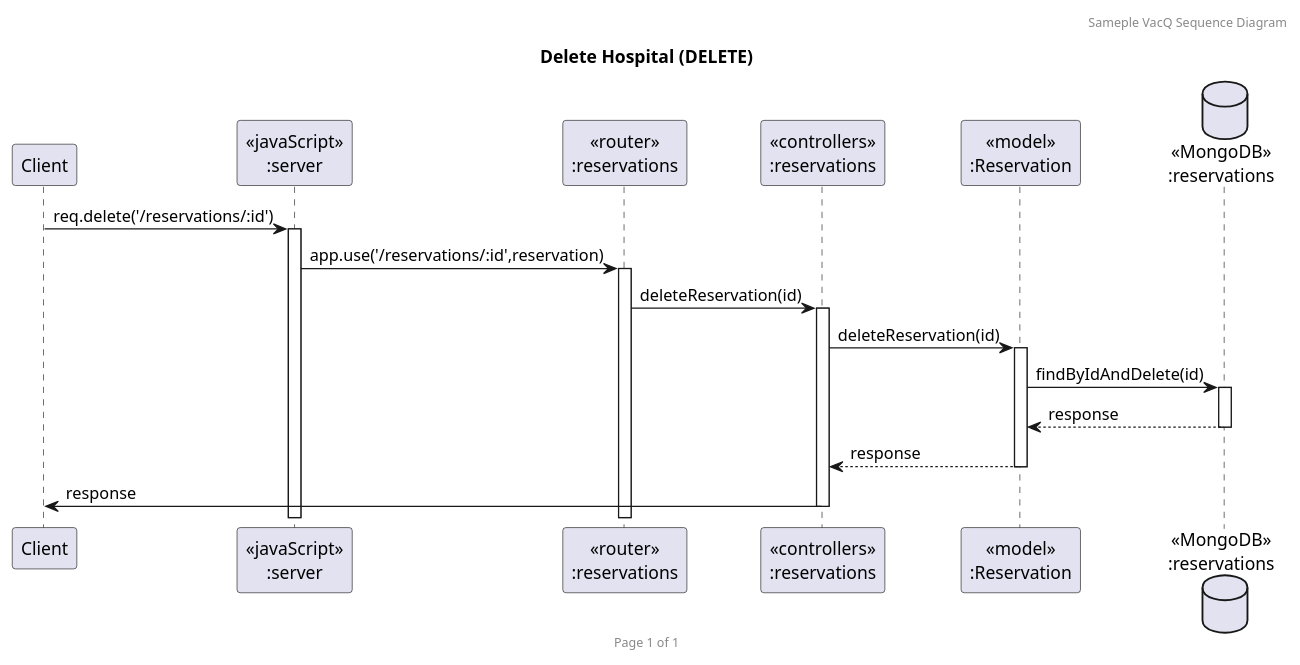
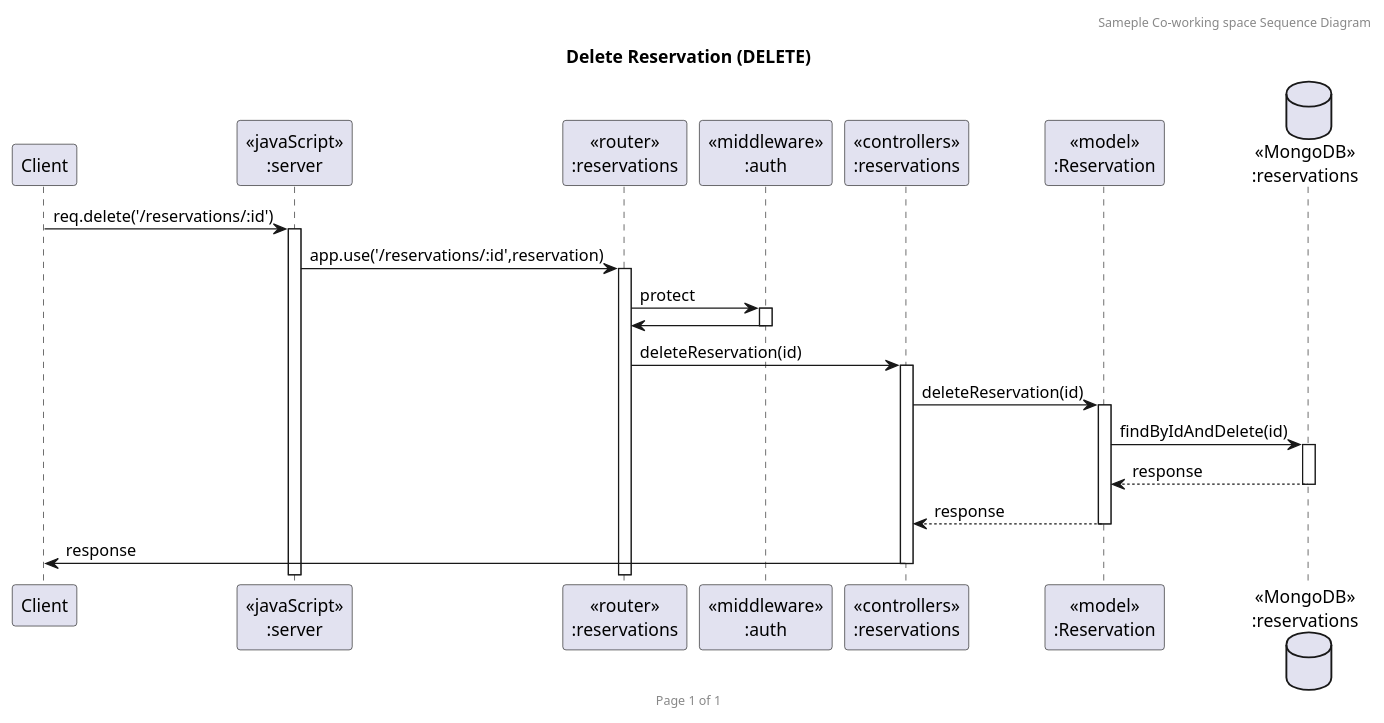
Before and after one commit to GavinITP/co-working-space-reservation: the diagram in uml/coWorking_reservation_delete.puml, drawn with PlantUML. The commit also changed 4 other files, not shown here.

Commit message:
reservation sequence fix

```diff
--- a/uml/coWorking_reservation_delete.puml
+++ b/uml/coWorking_reservation_delete.puml
@@ -1,23 +1,28 @@
-@startuml Delete Hospital (DELETE)
+@startuml Delete Reservation (DELETE)
 
-header Sameple VacQ Sequence Diagram
+header Sameple Co-working space Sequence Diagram
 footer Page %page% of %lastpage%
-title "Delete Hospital (DELETE)"
+title "Delete Reservation (DELETE)"
 
 participant "Client" as client
 participant "<<javaScript>>\n:server" as server
 participant "<<router>>\n:reservations" as routerReservation
+participant "<<middleware>>\n:auth" as middleware
 participant "<<controllers>>\n:reservations" as controllersReservation
 participant "<<model>>\n:Reservation" as modelReservation
 database "<<MongoDB>>\n:reservations" as ReservationDatabase
 
 client->server ++:req.delete('/reservations/:id')
 server->routerReservation ++:app.use('/reservations/:id',reservation)
+routerReservation -> middleware ++: protect
+middleware -> routerReservation --:
+' routerReservation -> middleware : authorize(["admin"]
+' middleware -> routerReservation --: response
 routerReservation -> controllersReservation ++:deleteReservation(id)
 controllersReservation->modelReservation ++:deleteReservation(id)
 modelReservation ->ReservationDatabase ++: findByIdAndDelete(id)
 ReservationDatabase --> modelReservation --: response
 controllersReservation <-- modelReservation --:response
 controllersReservation->client --:response
 
 @enduml
```
